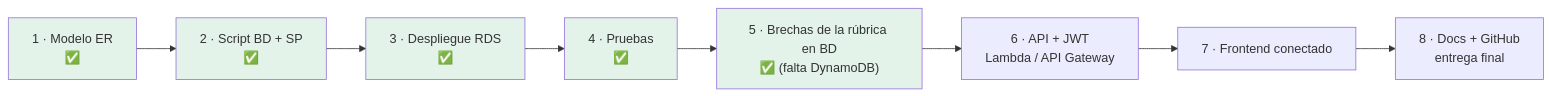
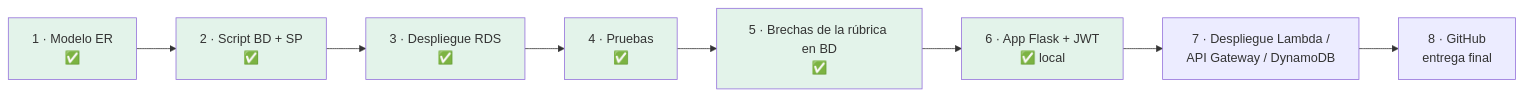
Before and after one commit to DanielRosalesAlanis/SistemaDeFacturacion: the seventh of 7 diagrams in docs/REPORTE_AVANCE.md, drawn with Mermaid. The commit also changed other lines of this file and 39 other files, not shown here.

````diff
--- a/docs/REPORTE_AVANCE.md
+++ b/docs/REPORTE_AVANCE.md
@@ -590,9 +623,10 @@
 ```mermaid
 flowchart LR
-    A["1 · Modelo ER<br/>✅"] --> B["2 · Script BD + SP<br/>✅"] --> C["3 · Despliegue RDS<br/>✅"] --> D["4 · Pruebas<br/>✅"] --> E["5 · Brechas de la rúbrica en BD<br/>✅ (falta DynamoDB)"] --> F["6 · API + JWT<br/>Lambda / API Gateway"] --> G["7 · Frontend conectado"] --> H["8 · Docs + GitHub<br/>entrega final"]
+    A["1 · Modelo ER<br/>✅"] --> B["2 · Script BD + SP<br/>✅"] --> C["3 · Despliegue RDS<br/>✅"] --> D["4 · Pruebas<br/>✅"] --> E["5 · Brechas de la rúbrica en BD<br/>✅"] --> F["6 · App Flask + JWT<br/>✅ local"] --> G["7 · Despliegue Lambda /<br/>API Gateway / DynamoDB"] --> H["8 · GitHub<br/>entrega final"]
     style A fill:#e3f3ea
     style B fill:#e3f3ea
     style C fill:#e3f3ea
     style D fill:#e3f3ea
     style E fill:#e3f3ea
+    style F fill:#e3f3ea
 ```
````
